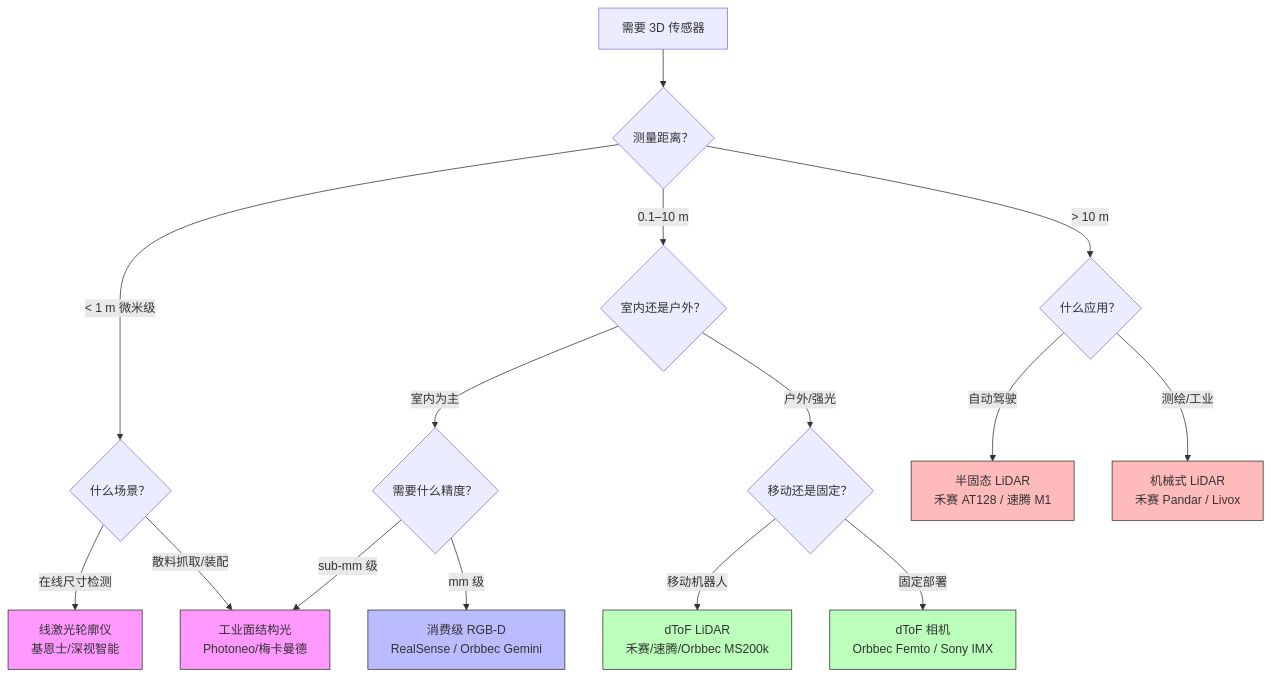
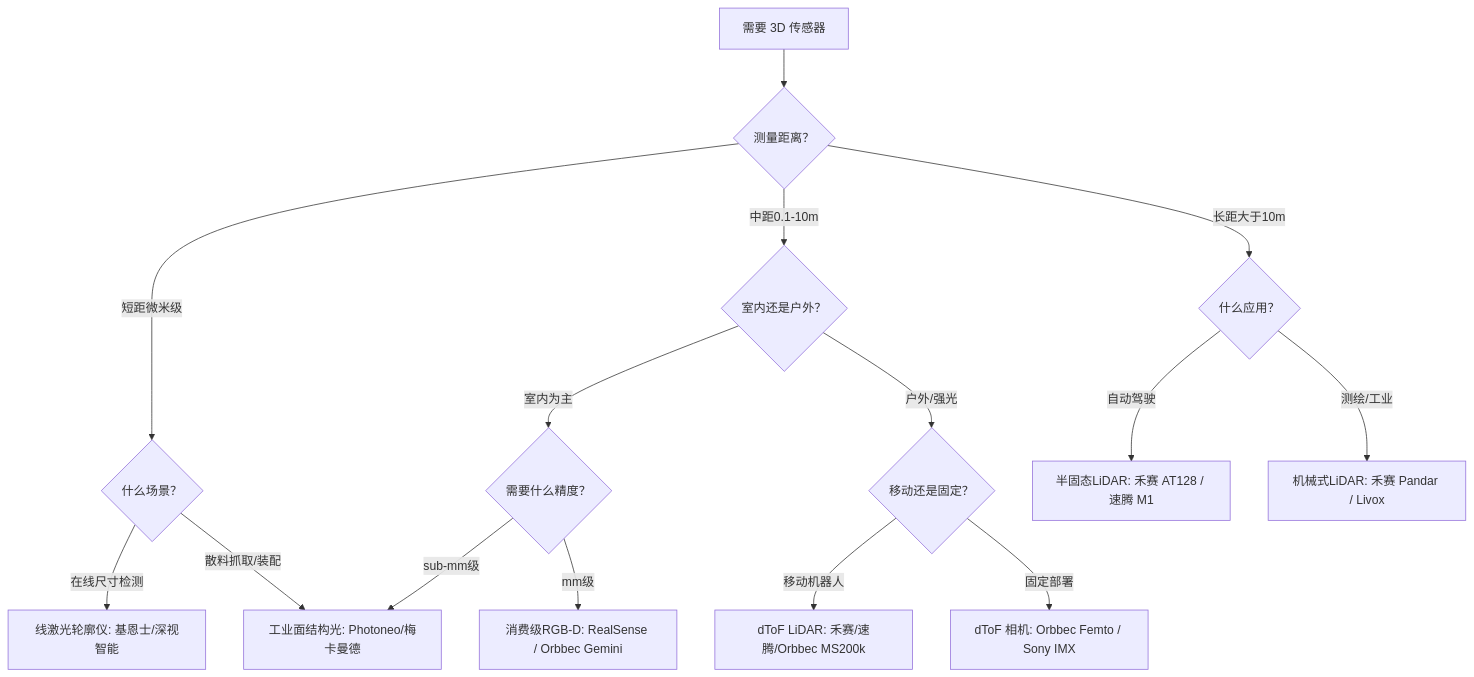
One commit to dull-bird/book_3d_cv changed the third of 3 diagrams in src/00_basics/07_3d_cameras.md. Above: the diagram before and after it, drawn with Mermaid. The commit also changed other lines of this file, not shown here.

Commit message:
fix: remove unsupported mermaid syntax (br tags, style, backslash-n)
mdbook-mermaid preprocessor doesn't support HTML tags in node labels,
CSS style directives, or backslash-n line breaks in older mermaid versions.

````diff
--- a/src/00_basics/07_3d_cameras.md
+++ b/src/00_basics/07_3d_cameras.md
@@ -375,31 +375,23 @@
 ```mermaid
 flowchart TD
     Start["需要 3D 传感器"] --> Q1{"测量距离？"}
     
-    Q1 -->|< 1 m 微米级| Q2{"什么场景？"}
-    Q1 -->|0.1–10 m| Q3{"室内还是户外？"}
-    Q1 -->|> 10 m| Q4{"什么应用？"}
+    Q1 -->|短距微米级| Q2{"什么场景？"}
+    Q1 -->|中距0.1-10m| Q3{"室内还是户外？"}
+    Q1 -->|长距大于10m| Q4{"什么应用？"}
     
-    Q2 -->|在线尺寸检测| A1["线激光轮廓仪\n基恩士/深视智能"]
-    Q2 -->|散料抓取/装配| A2["工业面结构光\nPhotoneo/梅卡曼德"]
+    Q2 -->|在线尺寸检测| A1["线激光轮廓仪: 基恩士/深视智能"]
+    Q2 -->|散料抓取/装配| A2["工业面结构光: Photoneo/梅卡曼德"]
     
     Q3 -->|室内为主| Q5{"需要什么精度？"}
     Q3 -->|户外/强光| Q6{"移动还是固定？"}
     
-    Q5 -->|mm 级| A3["消费级 RGB-D\nRealSense / Orbbec Gemini"]
-    Q5 -->|sub-mm 级| A2
+    Q5 -->|mm级| A3["消费级RGB-D: RealSense / Orbbec Gemini"]
+    Q5 -->|sub-mm级| A2
     
-    Q6 -->|移动机器人| A4["dToF LiDAR\n禾赛/速腾/Orbbec MS200k"]
-    Q6 -->|固定部署| A5["dToF 相机\nOrbbec Femto / Sony IMX"]
+    Q6 -->|移动机器人| A4["dToF LiDAR: 禾赛/速腾/Orbbec MS200k"]
+    Q6 -->|固定部署| A5["dToF 相机: Orbbec Femto / Sony IMX"]
     
-    Q4 -->|自动驾驶| A6["半固态 LiDAR\n禾赛 AT128 / 速腾 M1"]
-    Q4 -->|测绘/工业| A7["机械式 LiDAR\n禾赛 Pandar / Livox"]
-    
-    style A1 fill:#f9f,stroke:#333
-    style A2 fill:#f9f,stroke:#333
-    style A3 fill:#bbf,stroke:#333
-    style A4 fill:#bfb,stroke:#333
-    style A5 fill:#bfb,stroke:#333
-    style A6 fill:#fbb,stroke:#333
-    style A7 fill:#fbb,stroke:#333
+    Q4 -->|自动驾驶| A6["半固态LiDAR: 禾赛 AT128 / 速腾 M1"]
+    Q4 -->|测绘/工业| A7["机械式LiDAR: 禾赛 Pandar / Livox"]
 ```
````
